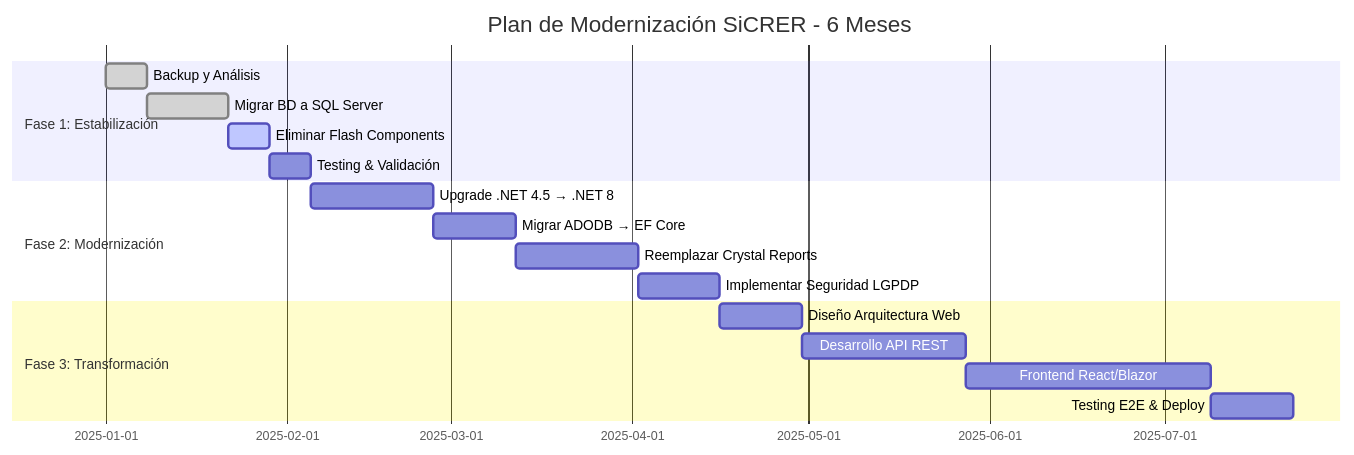
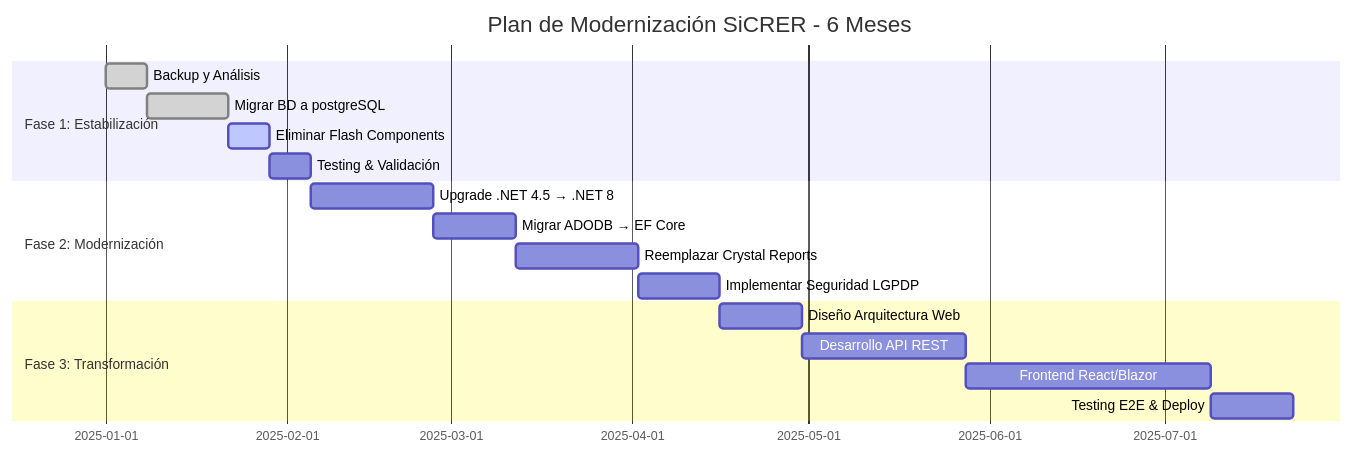
The fourth of 13 diagrams in DASHBOARD_VISUAL.md (dleonsystem/sep_evaluacion_diagnostica), drawn with Mermaid before and after one commit. The commit also changed other lines of this file, not shown here.

````diff
--- a/DASHBOARD_VISUAL.md
+++ b/DASHBOARD_VISUAL.md
@@ -104,22 +104,22 @@
 ```mermaid
 gantt
     title Plan de Modernización SiCRER - 6 Meses
     dateFormat YYYY-MM-DD
     section Fase 1: Estabilización
     Backup y Análisis           :done, f1a, 2025-01-01, 1w
-    Migrar BD a SQL Server      :done, f1b, after f1a, 2w
+    Migrar BD a postgreSQL      :done, f1b, after f1a, 2w
     Eliminar Flash Components   :active, f1c, after f1b, 1w
     Testing & Validación        :f1d, after f1c, 1w
     
     section Fase 2: Modernización
     Upgrade .NET 4.5 → .NET 8   :f2a, after f1d, 3w
     Migrar ADODB → EF Core      :f2b, after f2a, 2w
     Reemplazar Crystal Reports  :f2c, after f2b, 3w
     Implementar Seguridad LGPDP :f2d, after f2c, 2w
     
     section Fase 3: Transformación
     Diseño Arquitectura Web     :f3a, after f2d, 2w
     Desarrollo API REST         :f3b, after f3a, 4w
     Frontend React/Blazor       :f3c, after f3b, 6w
     Testing E2E & Deploy        :f3d, after f3c, 2w
 ```
````
